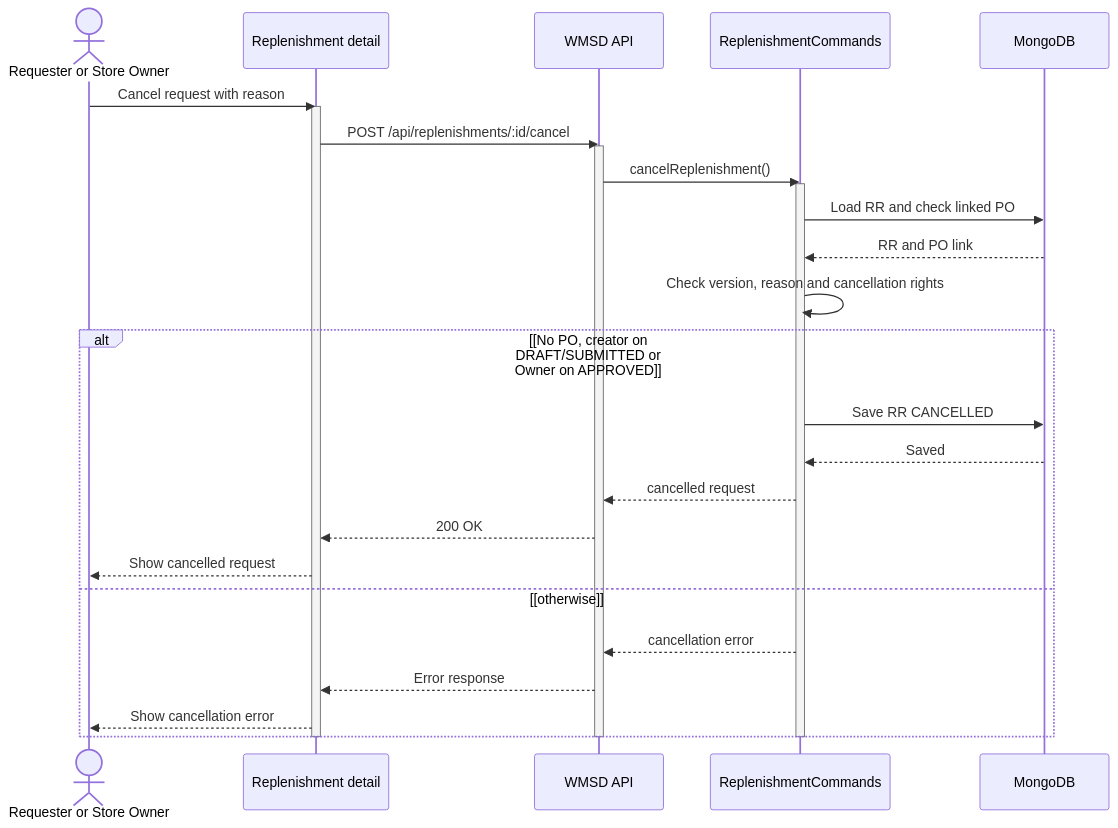
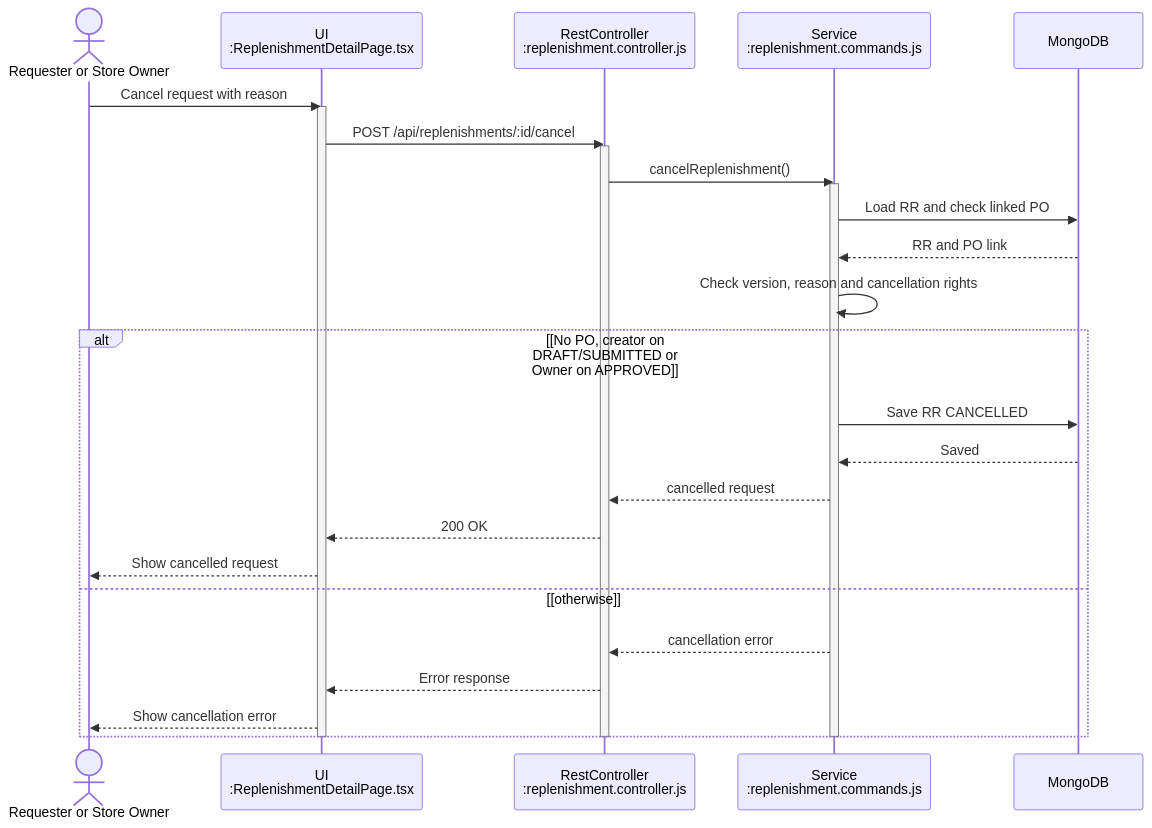
Before and after one commit to bupbalabup/wmsd_be: the eighth of 46 diagrams in git_doc/docs/01_bao_cao/WMSD_Report4_Draft.md, drawn with Mermaid. The commit also changed other lines of this file and 80 other files, not shown here.

First line of the commit message:
feat(purchase): implement core purchase functionalities and validation schemas

````diff
--- a/git_doc/docs/01_bao_cao/WMSD_Report4_Draft.md
+++ b/git_doc/docs/01_bao_cao/WMSD_Report4_Draft.md
@@ -701,31 +696,31 @@
 ```mermaid
 sequenceDiagram
   actor X as Requester or Store Owner
-  participant U as Replenishment detail
-  participant A as WMSD API
-  participant S as ReplenishmentCommands
+  participant U as UI<br/>:ReplenishmentDetailPage.tsx
+  participant A as RestController<br/>:replenishment.controller.js
+  participant S as Service<br/>:replenishment.commands.js
   participant D as MongoDB
   X->>U: Cancel request with reason
   activate U
   U->>A: POST /api/replenishments/:id/cancel
   activate A
   A->>S: cancelReplenishment()
   activate S
   S->>D: Load RR and check linked PO
   D-->>S: RR and PO link
   S->>S: Check version, reason and cancellation rights
   alt [No PO, creator on DRAFT/SUBMITTED or Owner on APPROVED]
     S->>D: Save RR CANCELLED
     D-->>S: Saved
     S-->>A: cancelled request
     A-->>U: 200 OK
     U-->>X: Show cancelled request
   else [otherwise]
     S-->>A: cancellation error
     A-->>U: Error response
     U-->>X: Show cancellation error
   end
   deactivate S
   deactivate A
   deactivate U
 ```
````
